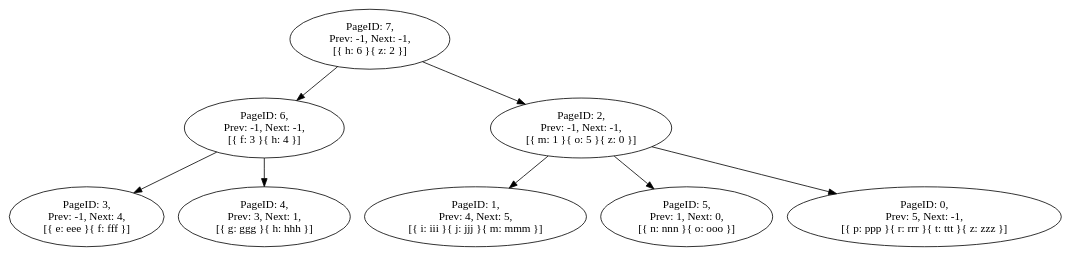
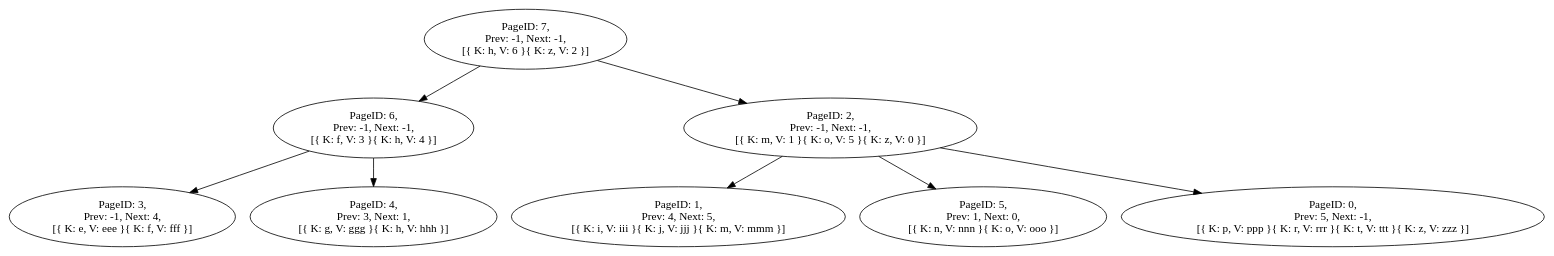
One commit to naoto0822/go-b-plus-tree changed the diagram in examples/print_tree/graph.dot. Above: the diagram before and after it, drawn with Graphviz. The commit also changed 3 other files, not shown here.

```diff
--- a/examples/print_tree/graph.dot
+++ b/examples/print_tree/graph.dot
@@ -1,39 +1,39 @@
 digraph "" {
 		graph [fontname = "Ricty Bold"];
     	node [fontname = "Ricty Bold", label="\N"];
     	edge [fontname = "Ricty Bold"];	"PageID: 7, 
  Prev: -1, Next: -1, 
- [{ h: 6 }{ z: 2 }]" -> "PageID: 6, 
+ [{ K: h, V: 6 }{ K: z, V: 2 }]" -> "PageID: 6, 
  Prev: -1, Next: -1, 
- [{ f: 3 }{ h: 4 }]"	[ label = "" ];
+ [{ K: f, V: 3 }{ K: h, V: 4 }]"	[ label = "" ];
 	"PageID: 7, 
  Prev: -1, Next: -1, 
- [{ h: 6 }{ z: 2 }]" -> "PageID: 2, 
+ [{ K: h, V: 6 }{ K: z, V: 2 }]" -> "PageID: 2, 
  Prev: -1, Next: -1, 
- [{ m: 1 }{ o: 5 }{ z: 0 }]"	[ label = "" ];
+ [{ K: m, V: 1 }{ K: o, V: 5 }{ K: z, V: 0 }]"	[ label = "" ];
 	"PageID: 6, 
  Prev: -1, Next: -1, 
- [{ f: 3 }{ h: 4 }]" -> "PageID: 3, 
+ [{ K: f, V: 3 }{ K: h, V: 4 }]" -> "PageID: 3, 
  Prev: -1, Next: 4, 
- [{ e: eee }{ f: fff }]"	[ label = "" ];
+ [{ K: e, V: eee }{ K: f, V: fff }]"	[ label = "" ];
 	"PageID: 6, 
  Prev: -1, Next: -1, 
- [{ f: 3 }{ h: 4 }]" -> "PageID: 4, 
+ [{ K: f, V: 3 }{ K: h, V: 4 }]" -> "PageID: 4, 
  Prev: 3, Next: 1, 
- [{ g: ggg }{ h: hhh }]"	[ label = "" ];
+ [{ K: g, V: ggg }{ K: h, V: hhh }]"	[ label = "" ];
 	"PageID: 2, 
  Prev: -1, Next: -1, 
- [{ m: 1 }{ o: 5 }{ z: 0 }]" -> "PageID: 1, 
+ [{ K: m, V: 1 }{ K: o, V: 5 }{ K: z, V: 0 }]" -> "PageID: 1, 
  Prev: 4, Next: 5, 
- [{ i: iii }{ j: jjj }{ m: mmm }]"	[ label = "" ];
+ [{ K: i, V: iii }{ K: j, V: jjj }{ K: m, V: mmm }]"	[ label = "" ];
 	"PageID: 2, 
  Prev: -1, Next: -1, 
- [{ m: 1 }{ o: 5 }{ z: 0 }]" -> "PageID: 5, 
+ [{ K: m, V: 1 }{ K: o, V: 5 }{ K: z, V: 0 }]" -> "PageID: 5, 
  Prev: 1, Next: 0, 
- [{ n: nnn }{ o: ooo }]"	[ label = "" ];
+ [{ K: n, V: nnn }{ K: o, V: ooo }]"	[ label = "" ];
 	"PageID: 2, 
  Prev: -1, Next: -1, 
- [{ m: 1 }{ o: 5 }{ z: 0 }]" -> "PageID: 0, 
+ [{ K: m, V: 1 }{ K: o, V: 5 }{ K: z, V: 0 }]" -> "PageID: 0, 
  Prev: 5, Next: -1, 
- [{ p: ppp }{ r: rrr }{ t: ttt }{ z: zzz }]"	[ label = "" ];
+ [{ K: p, V: ppp }{ K: r, V: rrr }{ K: t, V: ttt }{ K: z, V: zzz }]"	[ label = "" ];
 }
```
